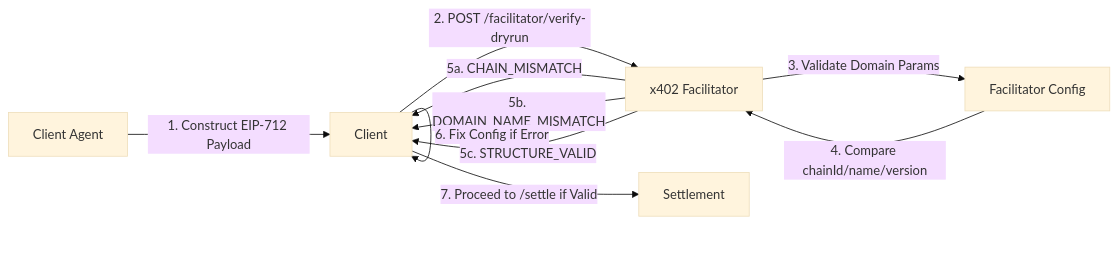
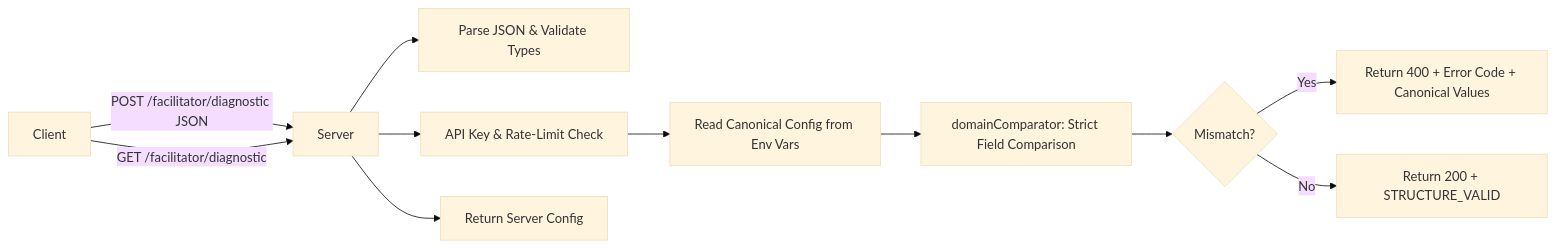
Before and after one commit to shawnhvac/agentworld-prior-art: the diagram in inventions/inv_x402_facilitator_diagnostic_dry_run_endpoint_41558.md, drawn with Mermaid (base theme). The commit also changed other lines of this file and 130 other files, not shown here.

````diff
--- a/inventions/inv_x402_facilitator_diagnostic_dry_run_endpoint_41558.md
+++ b/inventions/inv_x402_facilitator_diagnostic_dry_run_endpoint_41558.md
@@ -47,12 +47,13 @@
 ```mermaid
 graph LR
-A[Client Agent] -->|1. Construct EIP-712 Payload| B[Client]
-B -->|2. POST /facilitator/verify-dryrun| C[x402 Facilitator]
-C -->|3. Validate Domain Params| D[Facilitator Config]
-D -->|4. Compare chainId/name/version| C
-C -->|5a. CHAIN_MISMATCH| B
-C -->|5b. DOMAIN_NAME_MISMATCH| B
-C -->|5c. STRUCTURE_VALID| B
-B -->|6. Fix Config if Error| B
-B -->|7. Proceed to /settle if Valid| E[Settlement]
+    A[Client] -->|POST /facilitator/diagnostic JSON| B[Server]
+    B --> C[Parse JSON & Validate Types]
+    B --> D[API Key & Rate-Limit Check]
+    D --> E[Read Canonical Config from Env Vars]
+    E --> F[domainComparator: Strict Field Comparison]
+    F --> G{Mismatch?}
+    G -->|Yes| H[Return 400 + Error Code + Canonical Values]
+    G -->|No| I[Return 200 + STRUCTURE_VALID]
+    A -->|GET /facilitator/diagnostic| B
+    B --> J[Return Server Config]
 ```
````
